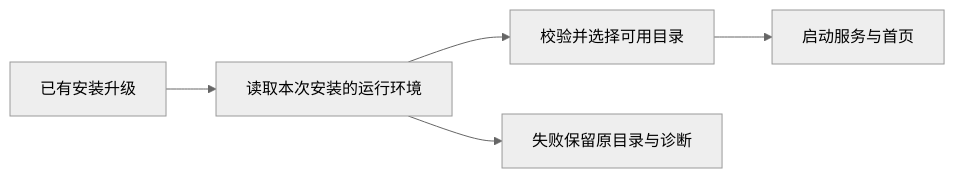
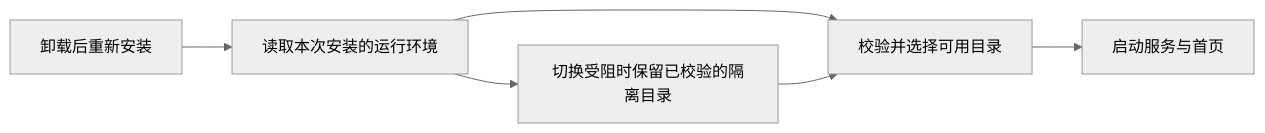
The diagram in docs/features/t992-windows-runtime-upgrade.md (zzyong24/Thirdspace-creator), drawn with Mermaid (neutral theme) before and after one commit. The commit also changed other lines of this file and 4 other files, not shown here.

````diff
--- a/docs/features/t992-windows-runtime-upgrade.md
+++ b/docs/features/t992-windows-runtime-upgrade.md
@@ -7,7 +9,8 @@
 ```mermaid
 flowchart LR
- A[已有安装升级] --> B[读取本次安装的运行环境]
+ A[卸载后重新安装] --> B[读取本次安装的运行环境]
  B --> C[校验并选择可用目录]
  C --> D[启动服务与首页]
- B --> E[失败保留原目录与诊断]
+ B --> E[切换受阻时保留已校验的隔离目录]
+ E --> C
 ```
````
